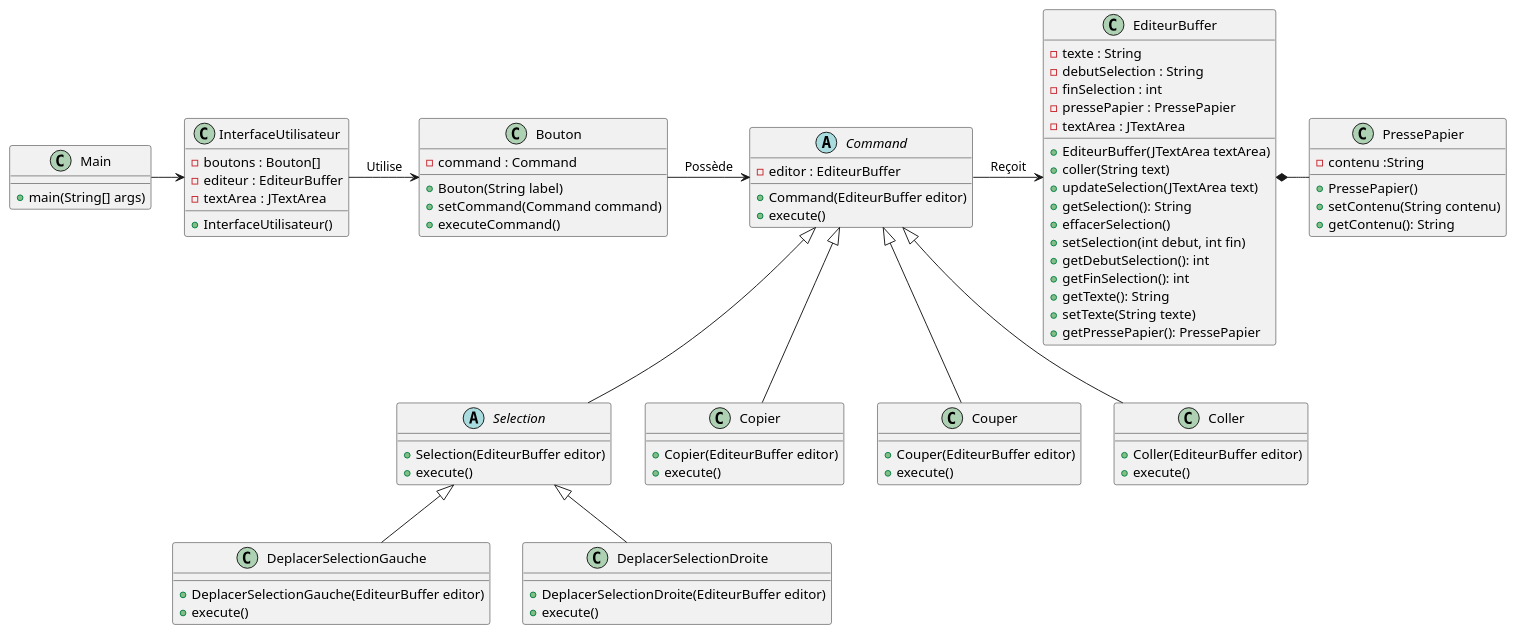
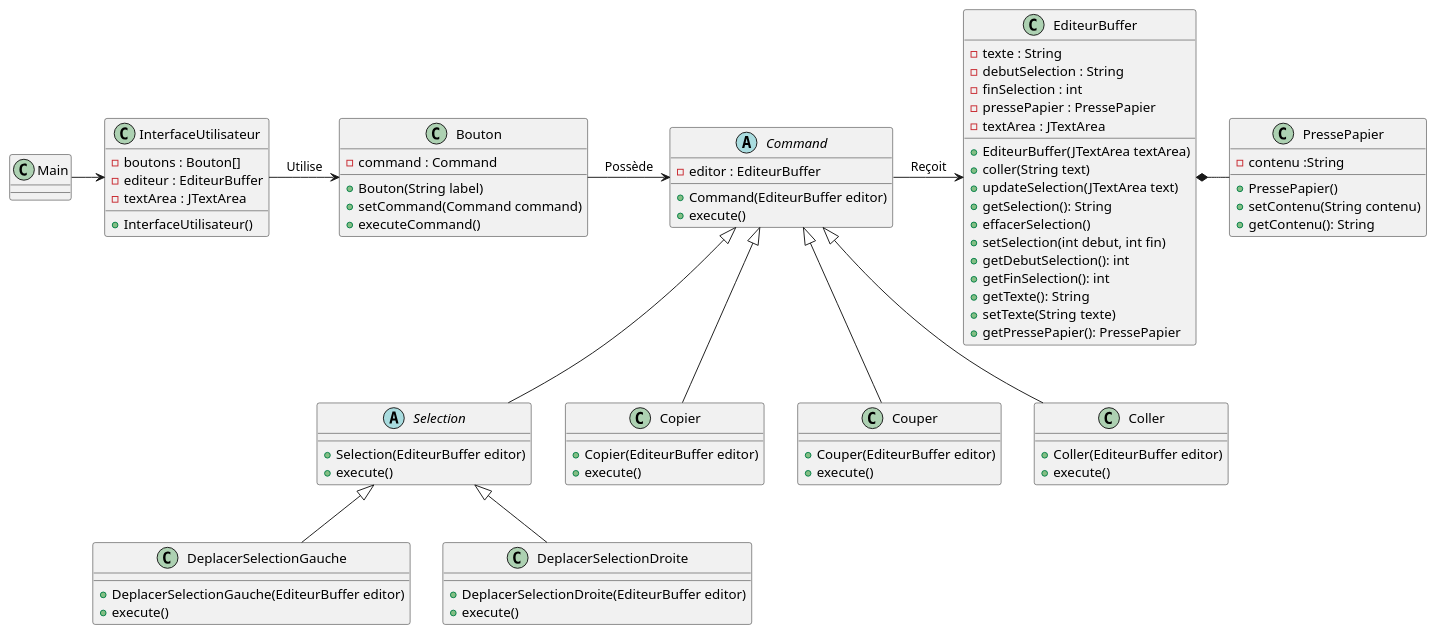
The diagram in Conception/V1/diagramme_classe_V1.plantuml (eyasam/Mini--diteur-de-Texte---Design-Patterns), drawn with PlantUML before and after one commit.

```diff
--- a/Conception/V1/diagramme_classe_V1.plantuml
+++ b/Conception/V1/diagramme_classe_V1.plantuml
@@ -1,90 +1,83 @@
 @startuml
-
 class InterfaceUtilisateur {
     - boutons : Bouton[]
     - editeur : EditeurBuffer
     - textArea : JTextArea
     + InterfaceUtilisateur()
 }
 
 class Bouton {
     - command : Command
     + Bouton(String label)
     + setCommand(Command command) 
     + executeCommand()
 }
 
 abstract class Command {
     - editor : EditeurBuffer
     + Command(EditeurBuffer editor) 
     + execute()
 }
 
 abstract class Selection extends Command {
     + Selection(EditeurBuffer editor)
     + execute()
 }
 
 class Copier extends Command {
     + Copier(EditeurBuffer editor)
     + execute()
 }
 
 class Couper extends Command {
     + Couper(EditeurBuffer editor)
     + execute()
 }
 
 class Coller extends Command {
     + Coller(EditeurBuffer editor)
     + execute()
 }
 
 class DeplacerSelectionGauche extends Selection {
     + DeplacerSelectionGauche(EditeurBuffer editor)
     + execute()
 }
 
 class DeplacerSelectionDroite extends Selection {
     + DeplacerSelectionDroite(EditeurBuffer editor)
     + execute()
 }
 
 class EditeurBuffer {
     - texte : String
     - debutSelection : String
     - finSelection : int
     - pressePapier : PressePapier
     - textArea : JTextArea
     + EditeurBuffer(JTextArea textArea)
     + coller(String text)
     + updateSelection(JTextArea text)
     + getSelection(): String
     + effacerSelection()
     + setSelection(int debut, int fin)
     + getDebutSelection(): int
     + getFinSelection(): int
     + getTexte(): String
     + setTexte(String texte)
     + getPressePapier(): PressePapier
 }
 
 class PressePapier {
     - contenu :String
     + PressePapier()
     + setContenu(String contenu)
     + getContenu(): String
 }
 
-class Main {
-    + main(String[] args)
-}
-
-' Relations entre les classes
 EditeurBuffer *- PressePapier 
 InterfaceUtilisateur -> Bouton : "Utilise"
 Bouton -> Command : "Possède"
 Command -> EditeurBuffer : "Reçoit"
-Main -> InterfaceUtilisateur 
-
+Main -> InterfaceUtilisateur
 @enduml
```
